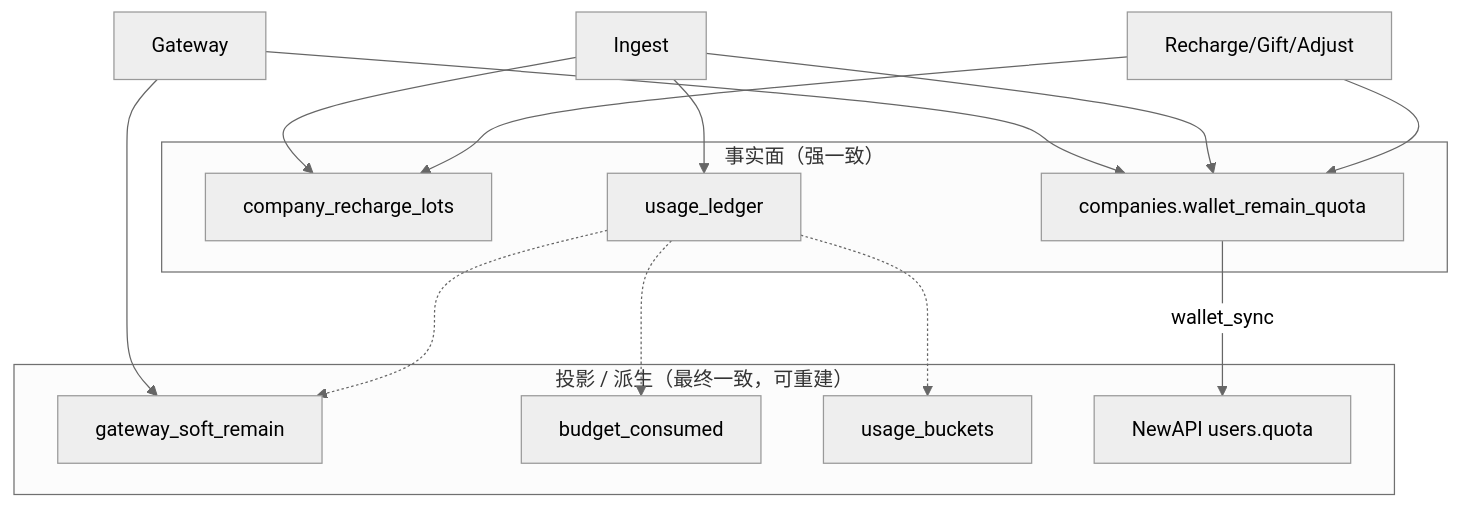
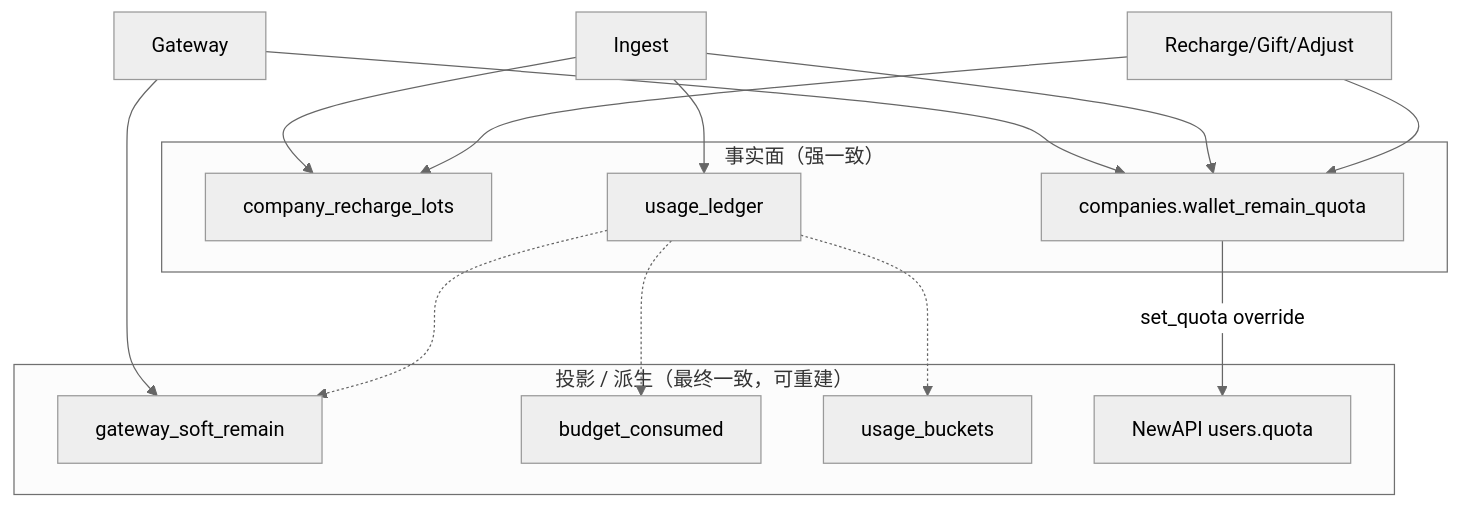
The second of 6 diagrams in apps/docs/Backend-计费模式.md (quyip8818/mytokenjoy), drawn with Mermaid (neutral theme) before and after one commit. The commit also changed other lines of this file and 23 other files, not shown here.

First line of the commit message:
feat(billing): realtime wallet sync via set_quota override

````diff
--- a/apps/docs/Backend-计费模式.md
+++ b/apps/docs/Backend-计费模式.md
@@ -80,25 +80,25 @@
 ```mermaid
 flowchart TB
   subgraph SSOT["事实面（强一致）"]
     LOT[company_recharge_lots]
     LED[usage_ledger]
     BP[companies.wallet_remain_quota]
   end
   subgraph Derived["投影 / 派生（最终一致，可重建）"]
     Soft[gateway_soft_remain]
     SN[budget_consumed]
     BK[usage_buckets]
     NA[NewAPI users.quota]
   end
   RCH[Recharge/Gift/Adjust] --> LOT
   RCH --> BP
   ING[Ingest] --> LOT
   ING --> LED
   ING --> BP
   LED -.-> Soft
   LED -.-> SN
   LED -.-> BK
-  BP -->|wallet_sync| NA
+  BP -->|set_quota override| NA
   GW[Gateway] --> BP
   GW --> Soft
 ```
````
